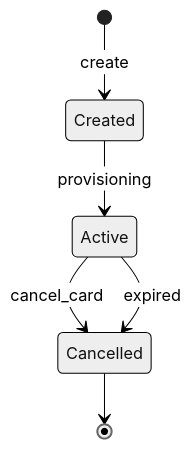
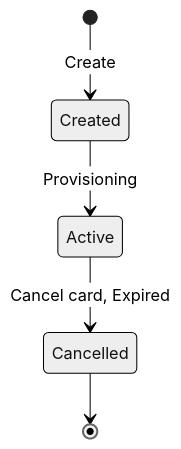
Before and after one commit to immersve/immersve-docs: the diagram in docs/guides/card-lifecycle.md, drawn with Mermaid (neutral theme).

Commit message:
fix card state diagram

````diff
--- a/docs/guides/card-lifecycle.md
+++ b/docs/guides/card-lifecycle.md
@@ -17,8 +17,7 @@
 ```mermaid
 stateDiagram-v2
-    [*]--> Created: create
-    Created-->Active: provisioning
-    Active-->Cancelled : cancel_card
-    Active-->Cancelled : expired
+    [*]--> Created: Create
+    Created-->Active: Provisioning
+    Active-->Cancelled : Cancel card, Expired
     Cancelled --> [*]
 ```
````
